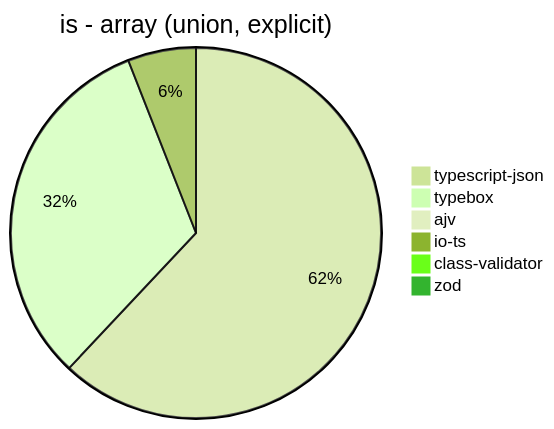
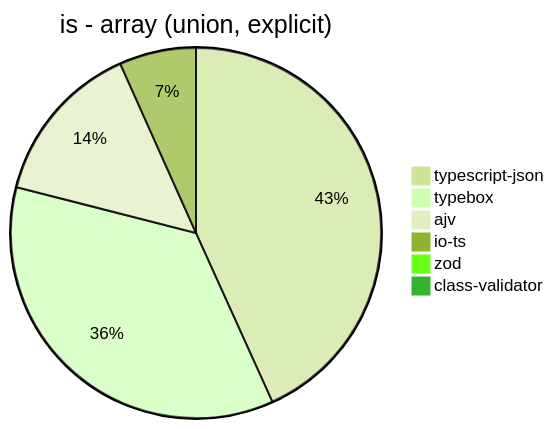
One commit to samchon/typia changed the sixth of 39 diagrams in benchmark/results/AMD Ryzen 7 5800H with Radeon Graphics.md. Above: the diagram before and after it, drawn with Mermaid (forest theme). The commit also changed other lines of this file and 3 other files, not shown here.

````diff
--- a/benchmark/results/AMD Ryzen 7 5800H with Radeon Graphics.md
+++ b/benchmark/results/AMD Ryzen 7 5800H with Radeon Graphics.md
@@ -76,9 +76,9 @@
 ```mermaid
 pie title is - array (union, explicit)
-  "typescript-json": 3811.5619788771537
-  "typebox": 1970.2616224355356
-  "ajv": 0
-  "io-ts": 365.78503095104105
-  "class-validator": 6.912861560851374
-  "zod": 2.826988315114964
+  "typescript-json": 2414.39028744867
+  "typebox": 1995.8862457521016
+  "ajv": 799.8526974774443
+  "io-ts": 374.11148522259634
+  "zod": 2.8232636928289105
+  "class-validator": 7.329449351625635
 ```
````
